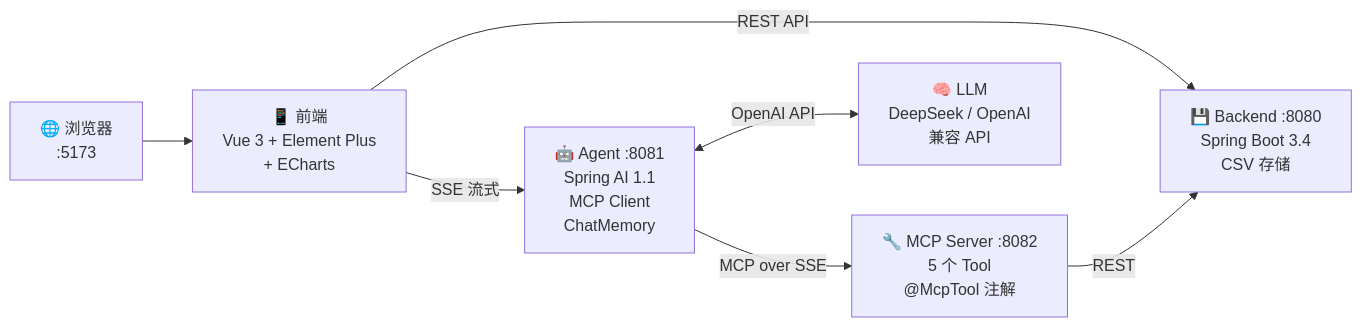
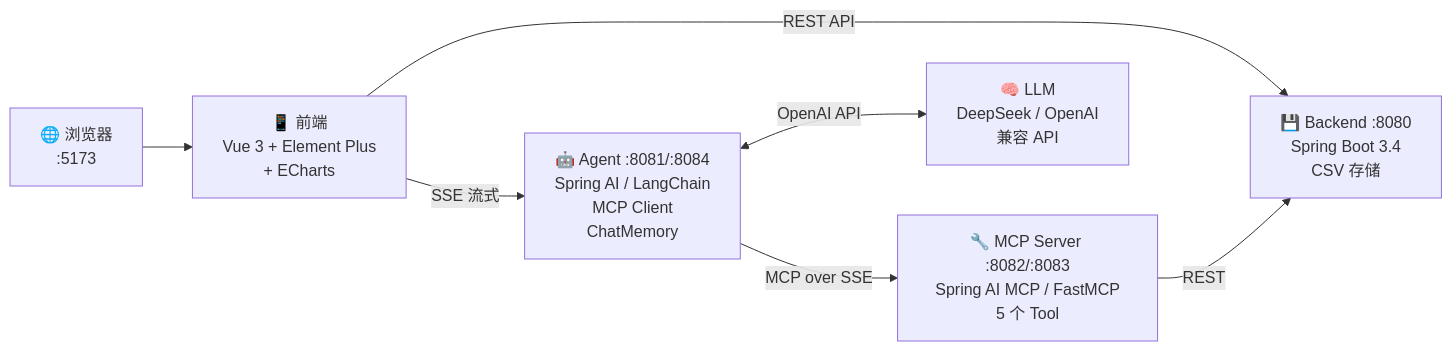
The first of 6 diagrams in README.md (reallyhwc/test-learn-agent), drawn with Mermaid before and after one commit. The commit also changed other lines of this file and 1 other file, not shown here.

````diff
--- a/README.md
+++ b/README.md
@@ -31,16 +35,16 @@
 ```mermaid
 graph LR
     Browser["🌐 浏览器<br/>:5173"]
     Frontend["📱 前端<br/>Vue 3 + Element Plus<br/>+ ECharts"]
-    Agent["🤖 Agent :8081<br/>Spring AI 1.1<br/>MCP Client<br/>ChatMemory"]
+    Agent["🤖 Agent :8081/:8084<br/>Spring AI / LangChain<br/>MCP Client<br/>ChatMemory"]
     LLM["🧠 LLM<br/>DeepSeek / OpenAI<br/>兼容 API"]
-    MCPServer["🔧 MCP Server :8082<br/>5 个 Tool<br/>@McpTool 注解"]
+    MCPServer["🔧 MCP Server :8082/:8083<br/>Spring AI MCP / FastMCP<br/>5 个 Tool"]
     Backend["💾 Backend :8080<br/>Spring Boot 3.4<br/>CSV 存储"]
 
     Browser --> Frontend
     Frontend -->|"REST API"| Backend
     Frontend -->|"SSE 流式"| Agent
     Agent <-->|"OpenAI API"| LLM
     Agent -->|"MCP over SSE"| MCPServer
     MCPServer -->|"REST"| Backend
 ```
````
